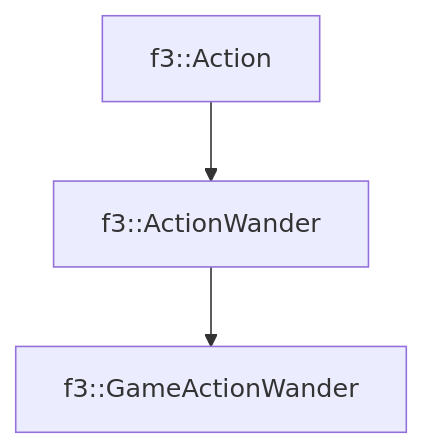
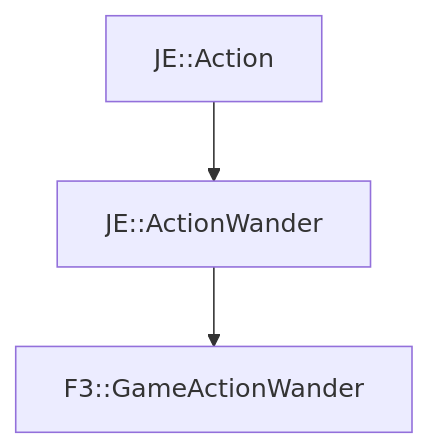
The diagram in docs/f3/GameActionWander.md (OpenJE/openvb), drawn with Mermaid before and after one commit. The commit also changed other lines of this file and 1399 other files, not shown here.

````diff
--- a/docs/f3/GameActionWander.md
+++ b/docs/f3/GameActionWander.md
@@ -17,5 +17,5 @@
 ```mermaid
 graph TD;
-    f3::Action --> f3::ActionWander
-    f3::ActionWander --> f3::GameActionWander
+    JE::Action --> JE::ActionWander
+    JE::ActionWander --> F3::GameActionWander
 ```
````
